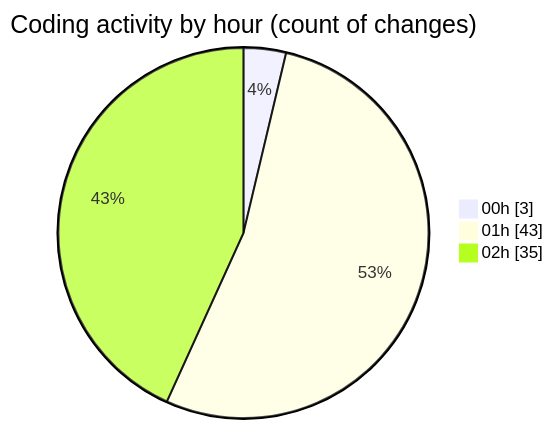
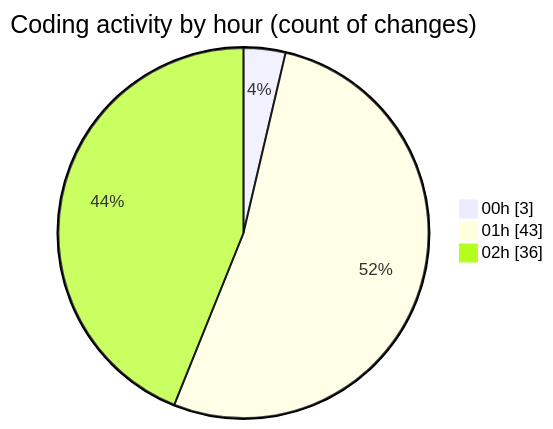
The second of 2 diagrams in 2025-10-02/oura-api/README.md (mevix1/code-tracking), drawn with Mermaid before and after one commit. The commit also changed other lines of this file and 1 other file, not shown here.

````diff
--- a/2025-10-02/oura-api/README.md
+++ b/2025-10-02/oura-api/README.md
@@ -89,7 +91,7 @@
 ```mermaid
 pie showData
 title Coding activity by hour (count of changes)
 "00h" : 3
 "01h" : 43
-"02h" : 35
+"02h" : 36
 ```
````
